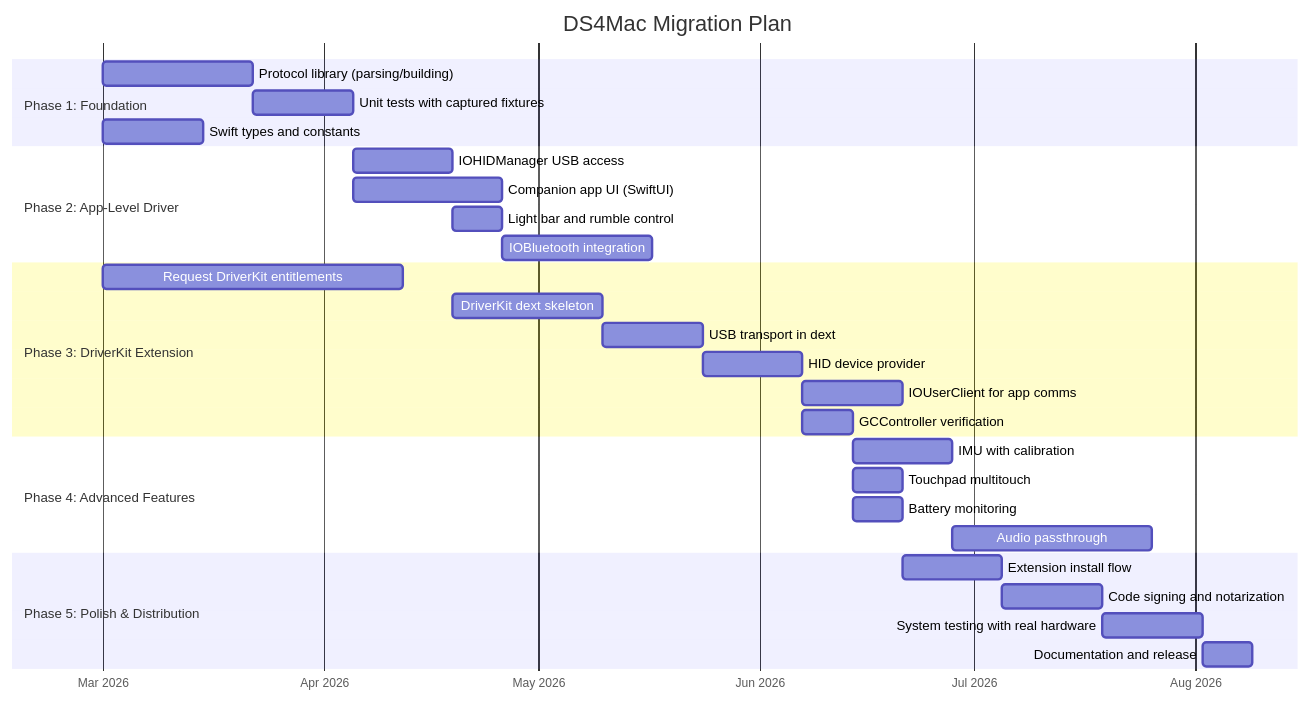
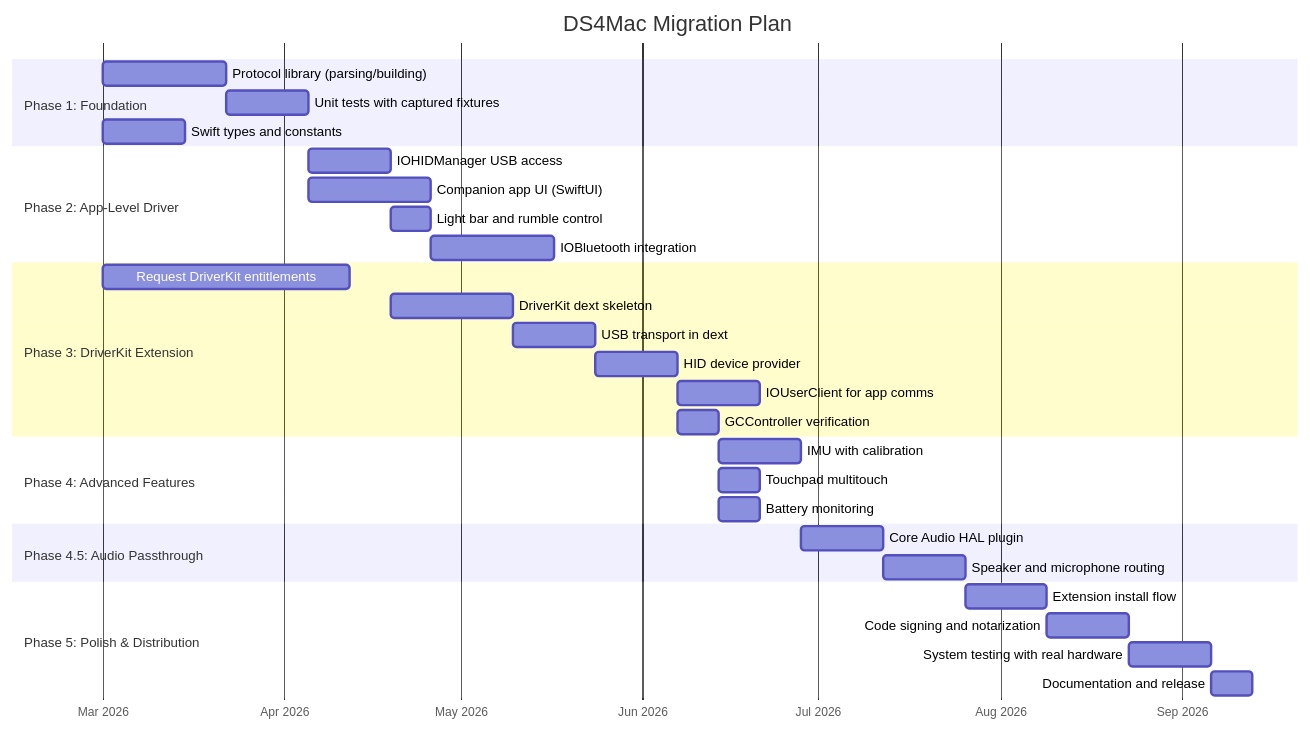
The eighth of 8 diagrams in docs/10-macOS-Driver-Architecture.md (khallmark/ds4mac), drawn with Mermaid before and after one commit. The commit also changed other lines of this file and 14 other files, not shown here.

````diff
--- a/docs/10-macOS-Driver-Architecture.md
+++ b/docs/10-macOS-Driver-Architecture.md
@@ -1572,37 +1572,40 @@
 ```mermaid
 gantt
     title DS4Mac Migration Plan
     dateFormat  YYYY-MM-DD
     axisFormat  %b %Y
 
     section Phase 1: Foundation
     Protocol library (parsing/building)          :p1a, 2026-03-01, 3w
     Unit tests with captured fixtures            :p1b, after p1a, 2w
     Swift types and constants                    :p1c, 2026-03-01, 2w
 
     section Phase 2: App-Level Driver
     IOHIDManager USB access                      :p2a, after p1b, 2w
     Companion app UI (SwiftUI)                   :p2b, after p1b, 3w
     Light bar and rumble control                 :p2c, after p2a, 1w
     IOBluetooth integration                      :p2d, after p2c, 3w
 
     section Phase 3: DriverKit Extension
     Request DriverKit entitlements               :p3a, 2026-03-01, 6w
     DriverKit dext skeleton                      :p3b, after p2a, 3w
     USB transport in dext                        :p3c, after p3b, 2w
     HID device provider                          :p3d, after p3c, 2w
     IOUserClient for app comms                   :p3e, after p3d, 2w
     GCController verification                    :p3f, after p3d, 1w
 
     section Phase 4: Advanced Features
     IMU with calibration                         :p4a, after p3f, 2w
     Touchpad multitouch                          :p4b, after p3f, 1w
     Battery monitoring                           :p4c, after p3f, 1w
-    Audio passthrough                            :p4d, after p4a, 4w
+
+    section Phase 4.5: Audio Passthrough
+    Core Audio HAL plugin                        :p45a, after p4a, 2w
+    Speaker and microphone routing               :p45b, after p45a, 2w
 
     section Phase 5: Polish & Distribution
-    Extension install flow                       :p5a, after p4b, 2w
+    Extension install flow                       :p5a, after p45b, 2w
     Code signing and notarization                :p5b, after p5a, 2w
     System testing with real hardware            :p5c, after p5b, 2w
     Documentation and release                    :p5d, after p5c, 1w
 ```
````
